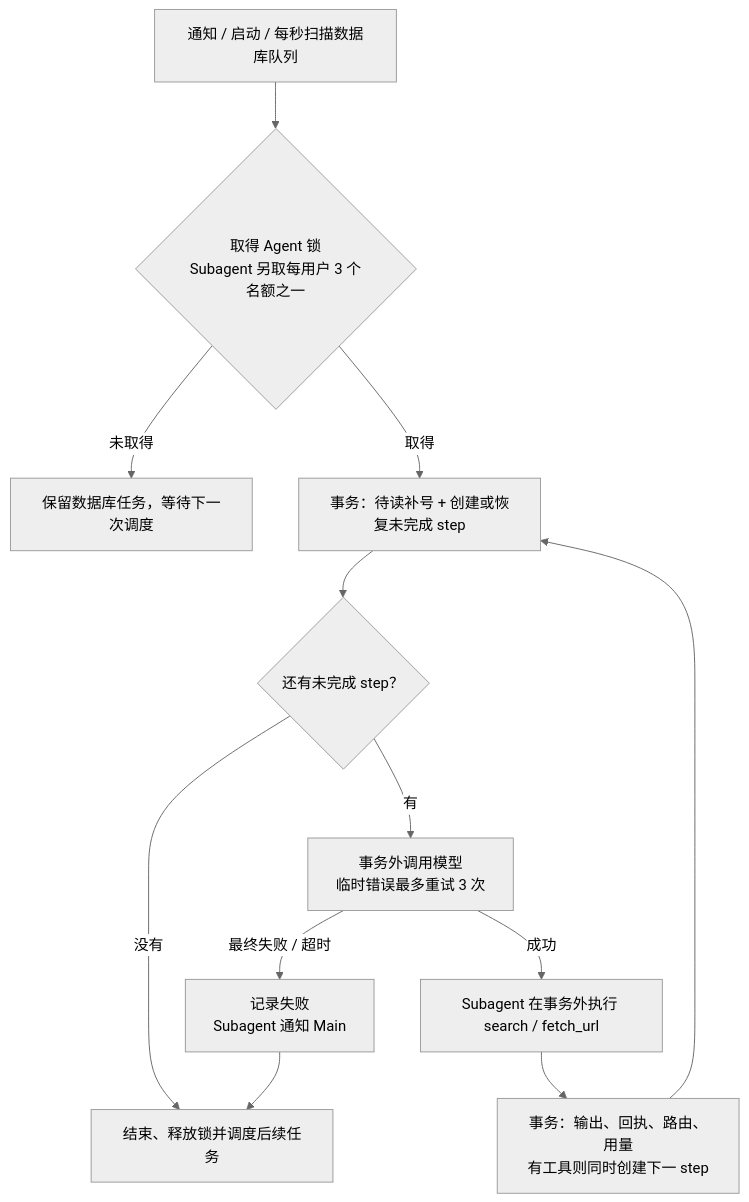
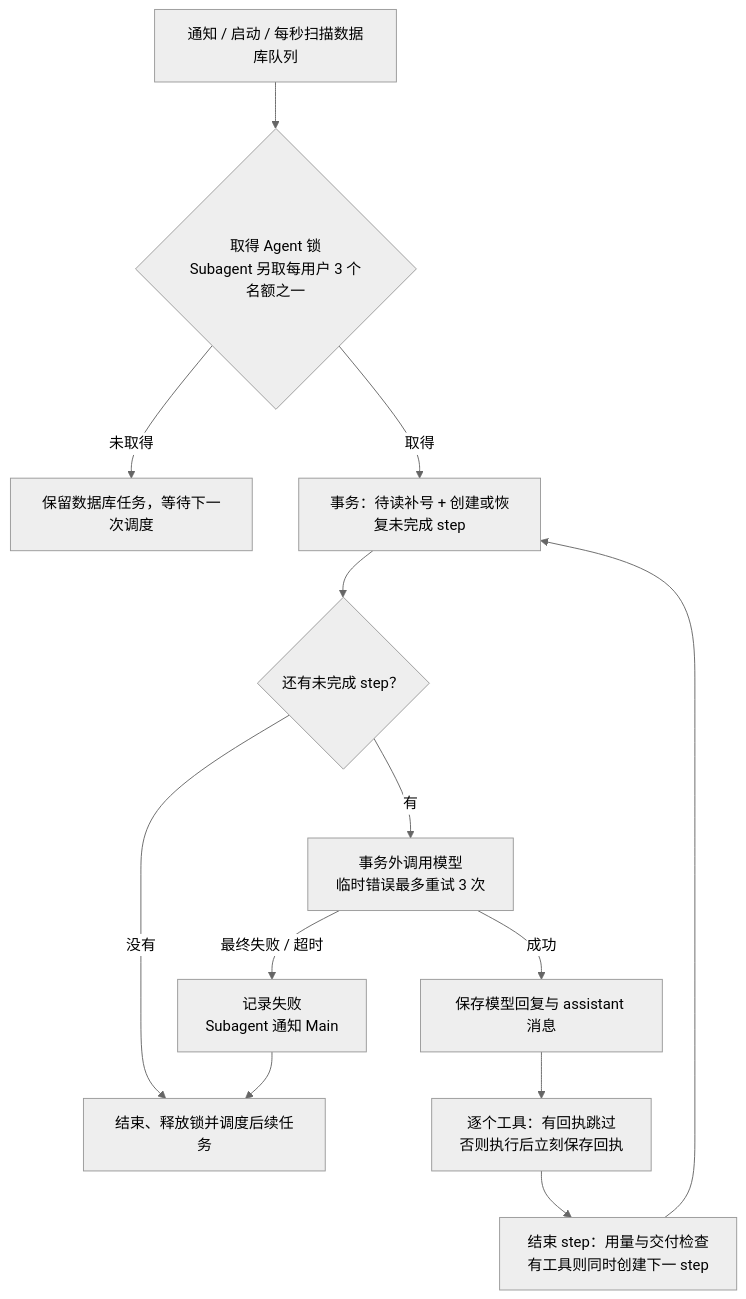
The first of 2 diagrams in docs/wiki/05-main-runtime.md (OmniNetOpensource/aether-personal), drawn with Mermaid (neutral theme) before and after one commit. The commit also changed other lines of this file and 13 other files, not shown here.

````diff
--- a/docs/wiki/05-main-runtime.md
+++ b/docs/wiki/05-main-runtime.md
@@ -31,14 +31,15 @@
 ```mermaid
 flowchart TD
     SCAN["通知 / 启动 / 每秒扫描数据库队列"] --> LOCK{"取得 Agent 锁<br/>Subagent 另取每用户 3 个名额之一"}
     LOCK -->|未取得| WAIT["保留数据库任务，等待下一次调度"]
     LOCK -->|取得| PREPARE["事务：待读补号 + 创建或恢复未完成 step"]
     PREPARE --> NEED{"还有未完成 step？"}
     NEED -->|没有| RELEASE["结束、释放锁并调度后续任务"]
     NEED -->|有| CALL["事务外调用模型<br/>临时错误最多重试 3 次"]
-    CALL -->|成功| WEB["Subagent 在事务外执行 search / fetch_url"]
-    WEB --> SAVE["事务：输出、回执、路由、用量<br/>有工具则同时创建下一 step"]
+    CALL -->|成功| SAVE1["保存模型回复与 assistant 消息"]
+    SAVE1 --> TOOL["逐个工具：有回执跳过<br/>否则执行后立刻保存回执"]
+    TOOL --> SAVE["结束 step：用量与交付检查<br/>有工具则同时创建下一 step"]
     SAVE --> PREPARE
     CALL -->|最终失败 / 超时| FAIL["记录失败<br/>Subagent 通知 Main"]
     FAIL --> RELEASE
 ```
````
